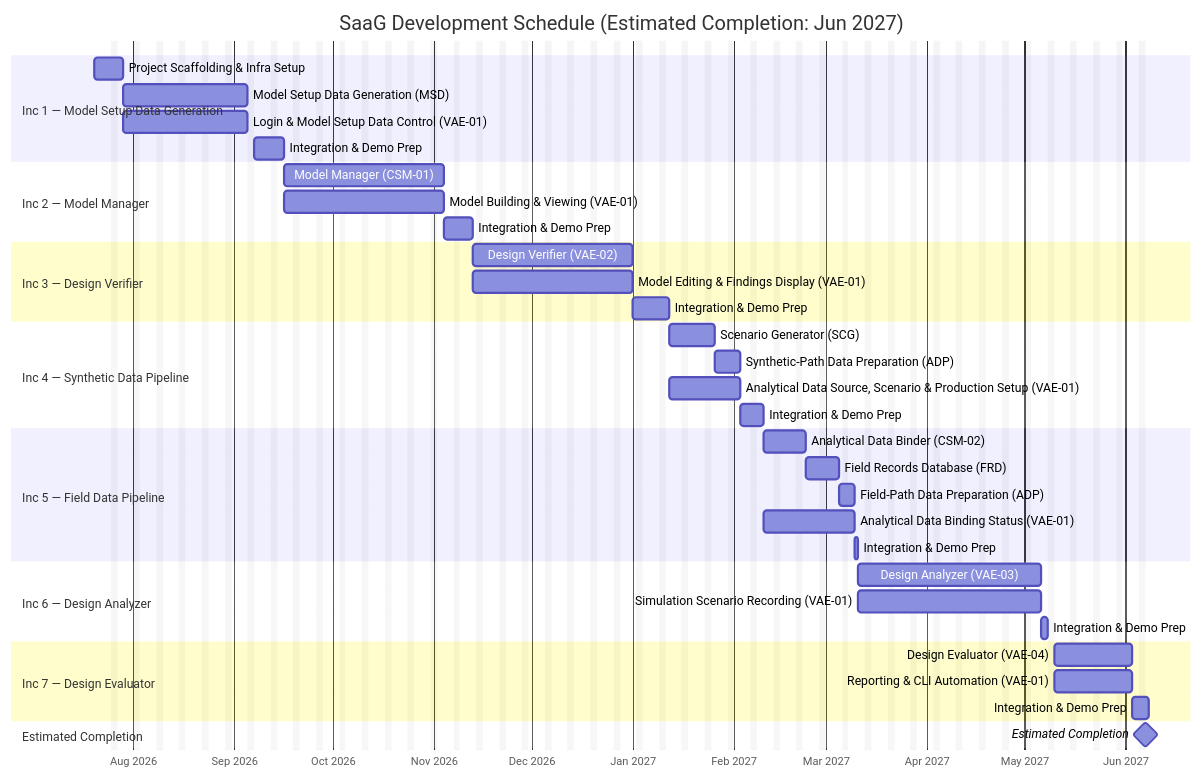
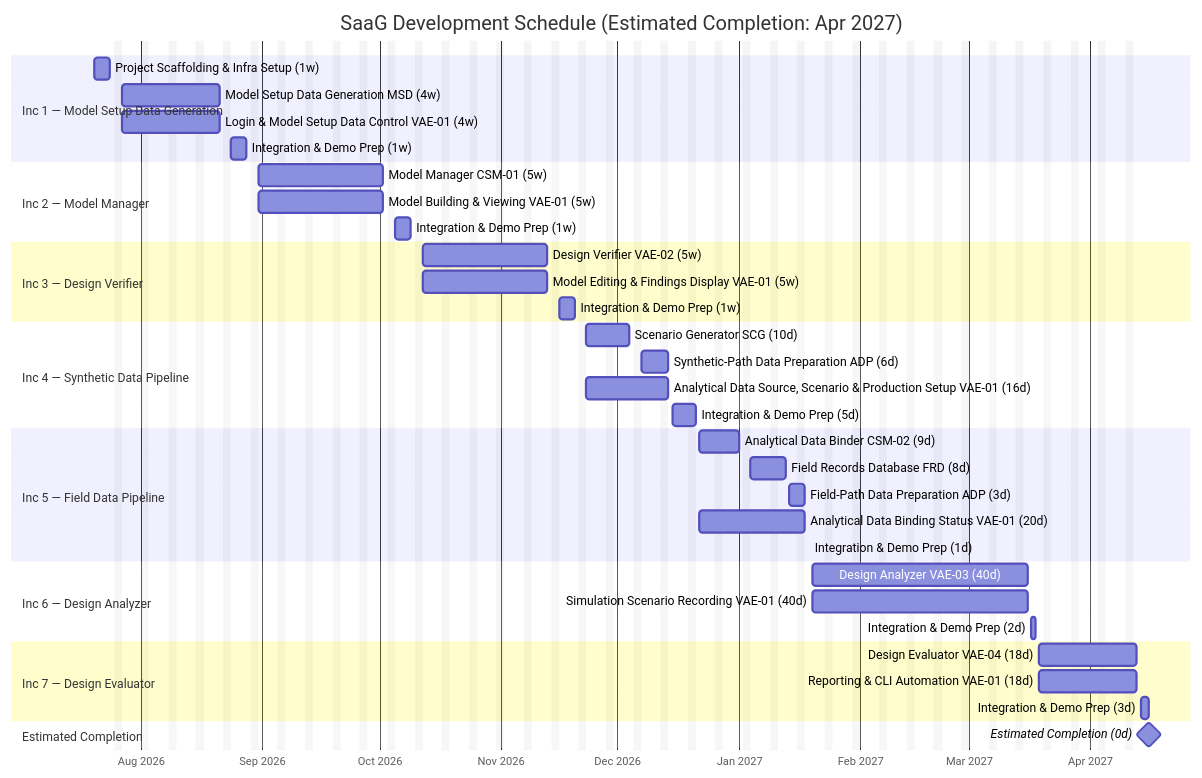
One commit to onuralpyigit/system-as-a-graph changed the diagram in docs/planning/SDP.md. Above: the diagram before and after it, drawn with Mermaid. The commit also changed other lines of this file, not shown here.

Commit message:
docs(planning): revise development timeline and increment dates
Update the Software Development Plan (SDP) to reflect a revised
project schedule, moving the estimated completion date from June 2027
to April 2027.

- Adjust increment start and end dates in the schedule table
- Update the Mermaid Gantt chart with specific date ranges and
  refined task durations
- Refine the schedule description to clarify business day assumptions

````diff
--- a/docs/planning/SDP.md
+++ b/docs/planning/SDP.md
@@ -271,50 +271,50 @@
 ```mermaid
 %%{init: { 'themeVariables': { 'excludeBkgColor': 'rgba(128,128,128,0.08)' } } }%%
 gantt
-    title SaaG Development Schedule (Estimated Completion: Jun 2027)
+    title SaaG Development Schedule (Estimated Completion: Apr 2027)
     dateFormat YYYY-MM-DD
     axisFormat %b %Y
     excludes weekends
 
     section Inc 1 — Model Setup Data Generation
-    Project Scaffolding & Infra Setup                 :scaffold1, 2026-07-20, 1w
-    Model Setup Data Generation (MSD)                 :msd, after scaffold1, 4w
-    Login & Model Setup Data Control (VAE-01)         :vae01a, after scaffold1, 4w
-    Integration & Demo Prep                           :inc1int, after msd, 1w
+    Project Scaffolding & Infra Setup (1w)             :scaffold1, 2026-07-20, 2026-07-24
+    Model Setup Data Generation MSD (4w)               :msd, 2026-07-27, 2026-08-21
+    Login & Model Setup Data Control VAE-01 (4w)       :vae01a, 2026-07-27, 2026-08-21
+    Integration & Demo Prep (1w)                       :inc1int, 2026-08-24, 2026-08-28
 
     section Inc 2 — Model Manager
-    Model Manager (CSM-01)                            :csm01, after inc1int, 5w
-    Model Building & Viewing (VAE-01)                 :vae01b, after inc1int, 5w
-    Integration & Demo Prep                           :inc2int, after csm01, 1w
+    Model Manager CSM-01 (5w)                          :csm01, 2026-08-31, 2026-10-02
+    Model Building & Viewing VAE-01 (5w)               :vae01b, 2026-08-31, 2026-10-02
+    Integration & Demo Prep (1w)                       :inc2int, 2026-10-05, 2026-10-09
 
     section Inc 3 — Design Verifier
-    Design Verifier (VAE-02)                          :vae02, after inc2int, 5w
-    Model Editing & Findings Display (VAE-01)         :vae01c, after inc2int, 5w
-    Integration & Demo Prep                           :inc3int, after vae02, 1w
+    Design Verifier VAE-02 (5w)                        :vae02, 2026-10-12, 2026-11-13
+    Model Editing & Findings Display VAE-01 (5w)       :vae01c, 2026-10-12, 2026-11-13
+    Integration & Demo Prep (1w)                       :inc3int, 2026-11-16, 2026-11-20
 
     section Inc 4 — Synthetic Data Pipeline
-    Scenario Generator (SCG)                          :scg, after inc3int, 10d
-    Synthetic-Path Data Preparation (ADP)             :adpa, after scg, 6d
-    Analytical Data Source, Scenario & Production Setup (VAE-01) :vae01de, after inc3int, 16d
-    Integration & Demo Prep                           :inc4int, after adpa, 5d
+    Scenario Generator SCG (10d)                       :scg, 2026-11-23, 2026-12-04
+    Synthetic-Path Data Preparation ADP (6d)           :adpa, 2026-12-07, 2026-12-14
+    Analytical Data Source, Scenario & Production Setup VAE-01 (16d) :vae01de, 2026-11-23, 2026-12-14
+    Integration & Demo Prep (5d)                       :inc4int, 2026-12-15, 2026-12-21
 
     section Inc 5 — Field Data Pipeline
-    Analytical Data Binder (CSM-02)                   :csm02, after inc4int, 9d
-    Field Records Database (FRD)                      :frd, after csm02, 8d
-    Field-Path Data Preparation (ADP)                 :adpb, after frd, 3d
-    Analytical Data Binding Status (VAE-01)           :vae01f, after inc4int, 20d
-    Integration & Demo Prep                           :inc5int, after adpb, 1d
+    Analytical Data Binder CSM-02 (9d)                 :csm02, 2026-12-22, 2027-01-01
+    Field Records Database FRD (8d)                    :frd, 2027-01-04, 2027-01-13
+    Field-Path Data Preparation ADP (3d)                :adpb, 2027-01-14, 2027-01-18
+    Analytical Data Binding Status VAE-01 (20d)         :vae01f, 2026-12-22, 2027-01-18
+    Integration & Demo Prep (1d)                        :inc5int, 2027-01-19, 2027-01-19
 
     section Inc 6 — Design Analyzer
-    Design Analyzer (VAE-03)                          :vae03, after inc5int, 40d
-    Simulation Scenario Recording (VAE-01)            :vae01g, after inc5int, 40d
-    Integration & Demo Prep                           :inc6int, after vae03, 2d
+    Design Analyzer VAE-03 (40d)                        :vae03, 2027-01-20, 2027-03-16
+    Simulation Scenario Recording VAE-01 (40d)          :vae01g, 2027-01-20, 2027-03-16
+    Integration & Demo Prep (2d)                        :inc6int, 2027-03-17, 2027-03-18
 
     section Inc 7 — Design Evaluator
-    Design Evaluator (VAE-04)                         :vae04, after inc6int, 18d
-    Reporting & CLI Automation (VAE-01)               :vae01h, after inc6int, 18d
-    Integration & Demo Prep                           :inc7int, after vae04, 3d
+    Design Evaluator VAE-04 (18d)                       :vae04, 2027-03-19, 2027-04-13
+    Reporting & CLI Automation VAE-01 (18d)             :vae01h, 2027-03-19, 2027-04-13
+    Integration & Demo Prep (3d)                        :inc7int, 2027-04-14, 2027-04-16
 
     section Estimated Completion
-    Estimated Completion                              :milestone, completion, 2027-06-07, 0d
+    Estimated Completion (0d)                           :milestone, completion, 2027-04-16, 0d
 ```
````
